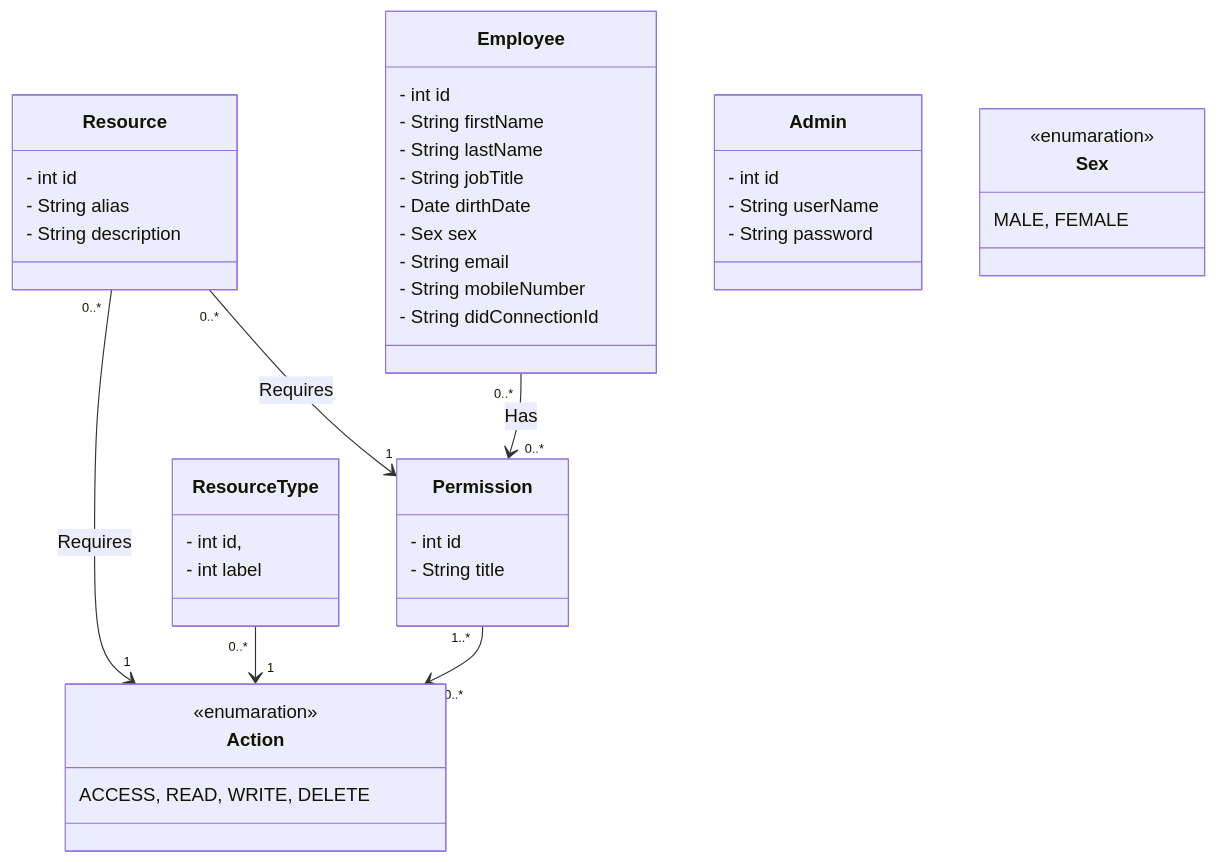
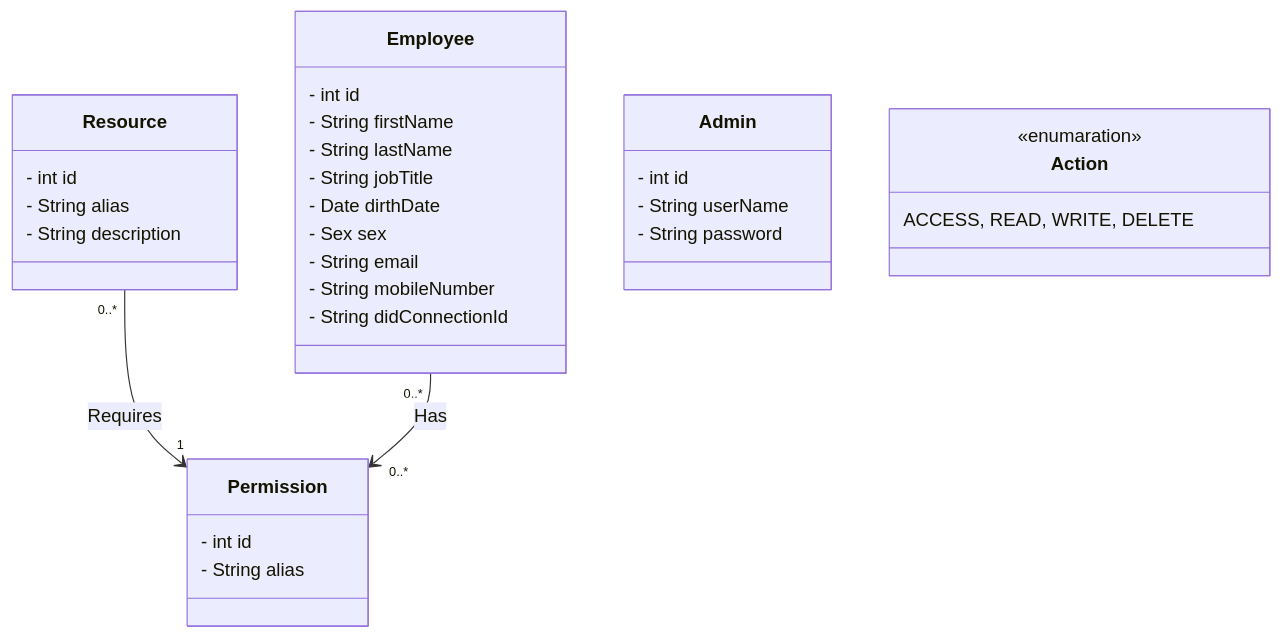
The diagram in README.md (billk97/ams-back), drawn with Mermaid before and after one commit. The commit also changed other lines of this file and 43 other files, not shown here.

````diff
--- a/README.md
+++ b/README.md
@@ -9,45 +9,34 @@
 ```mermaid
 classDiagram
 Resource "0..*" -->  "1" Permission : Requires
-Resource "0..*" -->  "1" Action : Requires
-ResourceType "0..*" -->  "1" Action 
-Permission "1..*" --> "0..*" Action
 Employee "0..*" -->  "0..*" Permission : Has
 class Admin {
     - int id
     - String userName
     - String password
 }
 class Employee {
     - int id
     - String firstName
     - String lastName
     - String jobTitle
     - Date dirthDate
     - Sex sex
     - String email
     - String mobileNumber
     - String didConnectionId
 }
 class Permission {
     - int id
-    - String title
+    - String alias
 }
 class Resource {
     - int id
     - String alias
     - String description
 }
 class Action {
     <<enumaration>>
     ACCESS, READ, WRITE, DELETE
 }
-class Sex {
-    <<enumaration>>
-    MALE, FEMALE
-}
-class ResourceType {
-    - int id,
-    - int label
-}
 ```
````
